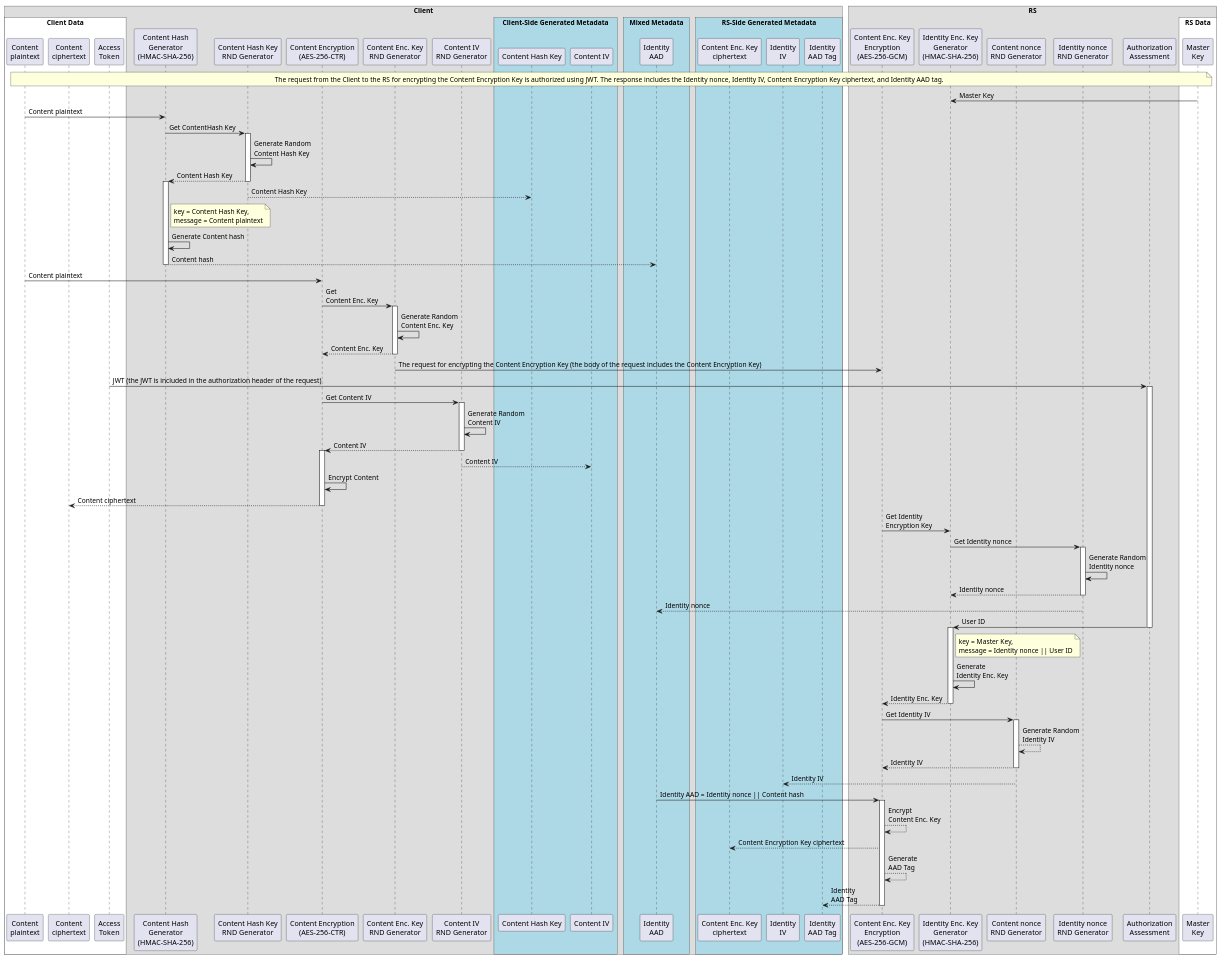
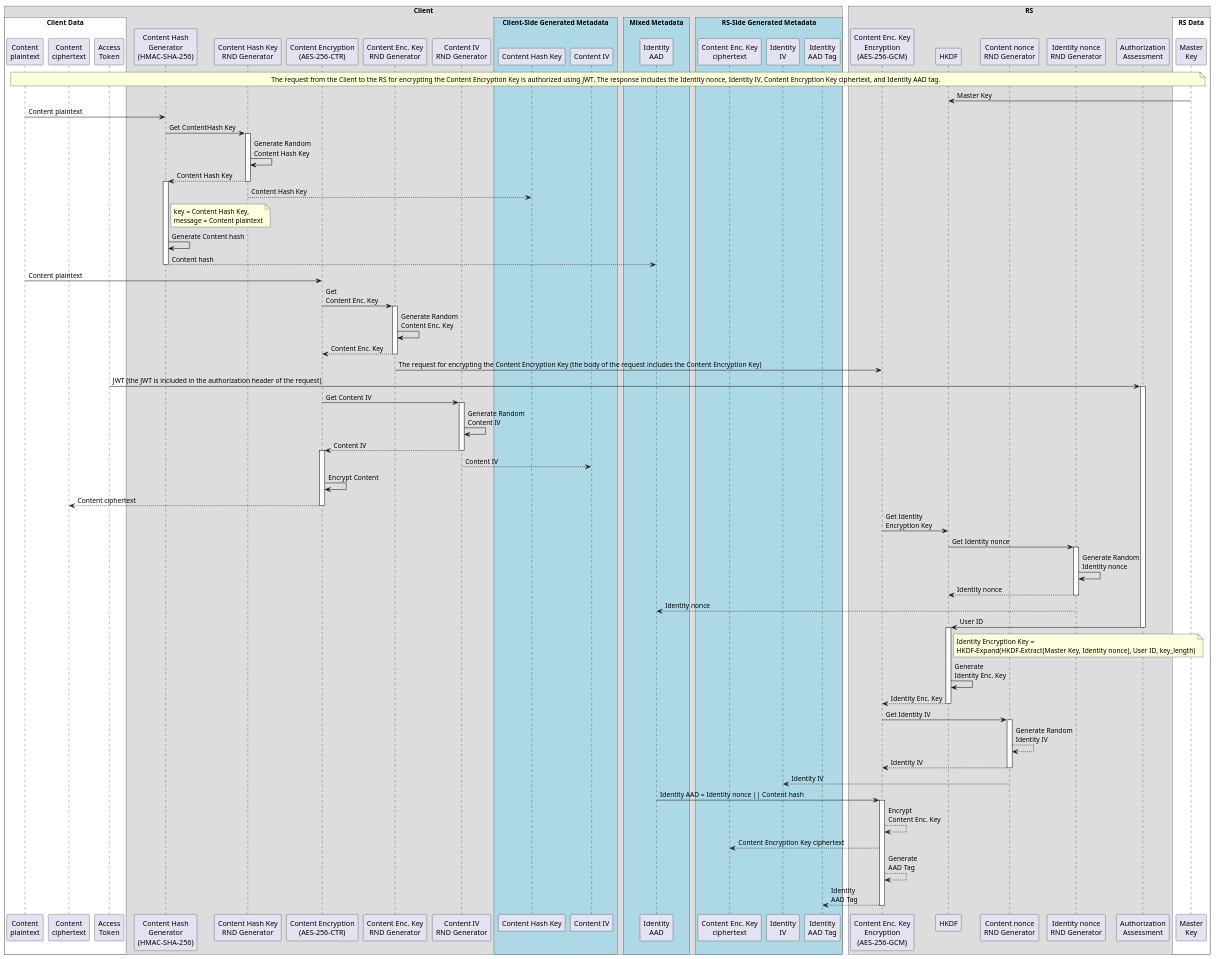
Before and after one commit to umalabs/ibe: the first of 2 diagrams in docs/CRYPTOGRAPHY.md, drawn with PlantUML. The commit also changed other lines of this file and 2 other files, not shown here.

```diff
--- a/docs/CRYPTOGRAPHY.md
+++ b/docs/CRYPTOGRAPHY.md
@@ -35,7 +35,7 @@
 participant "Content IV" as ContentIVMetadata
 
 ' --- RS ---
-participant "Identity Enc. Key\nGenerator\n(HMAC-SHA-256)" as IdentityEncKeyGen
+participant "HKDF" as HKDF
 participant "Content Enc. Key\nEncryption\n(AES-256-GCM)" as ContentEncKeyEncryption
 participant "Content nonce\nRND Generator" as ContentNonceRNDGen
 participant "Identity nonce\nRND Generator" as IdentityNonceRNDGen
@@ -83,7 +83,7 @@
 
 box "RS"
     participant ContentEncKeyEncryption
-    participant IdentityEncKeyGen
+    participant HKDF
     participant ContentNonceRNDGen
     participant IdentityNonceRNDGen
     participant AuthorizationAssessment
@@ -95,7 +95,7 @@
 
 note across: The request from the Client to the RS for encrypting the Content Encryption Key is authorized using JWT. The response includes the Identity nonce, Identity IV, Content Encryption Key ciphertext, and Identity AAD tag.
 
-Masterkey -> IdentityEncKeyGen: Master Key
+Masterkey -> HKDF: Master Key
 
 ' --- Content plaintext for hash generation ---
 ContentPlaintext -> ContentHashGen: Content plaintext
@@ -143,25 +143,25 @@
 deactivate ContentEncryption
 
 ' --- Identity Enc. Key Generation ---
-ContentEncKeyEncryption -> IdentityEncKeyGen: Get Identity\nEncryption Key
+ContentEncKeyEncryption -> HKDF: Get Identity\nEncryption Key
 ' --- Identity nonce Generation ---
-IdentityEncKeyGen -> IdentityNonceRNDGen: Get Identity nonce
+HKDF -> IdentityNonceRNDGen: Get Identity nonce
 ' --- Identity nonce Generation process ---
 activate IdentityNonceRNDGen
 IdentityNonceRNDGen -> IdentityNonceRNDGen: Generate Random\nIdentity nonce
-IdentityNonceRNDGen --> IdentityEncKeyGen: Identity nonce
+IdentityNonceRNDGen --> HKDF: Identity nonce
 deactivate IdentityNonceRNDGen
 ' --- Response Data ---
 IdentityNonceRNDGen --> IdentityAADMetadata: Identity nonce
 ' --- Identity Enc. Key Generation ---
-AuthorizationAssessment-> IdentityEncKeyGen: User ID
+AuthorizationAssessment-> HKDF: User ID
 deactivate AuthorizationAssessment
 ' --- Identity Enc. Key Generation process ---
-activate IdentityEncKeyGen
-note right of IdentityEncKeyGen: key = Master Key,\nmessage = Identity nonce || User ID
-IdentityEncKeyGen -> IdentityEncKeyGen: Generate\nIdentity Enc. Key
-IdentityEncKeyGen --> ContentEncKeyEncryption: Identity Enc. Key
-deactivate IdentityEncKeyGen
+activate HKDF
+note right of HKDF: Identity Encryption Key =\nHKDF-Expand(HKDF-Extract(Master Key, Identity nonce), User ID, key_length)
+HKDF -> HKDF: Generate\nIdentity Enc. Key
+HKDF --> ContentEncKeyEncryption: Identity Enc. Key
+deactivate HKDF
 ' --- Identity IV Generation ---
 ContentEncKeyEncryption -> ContentNonceRNDGen: Get Identity IV
 ' --- Identity IV Generation process ---
```
